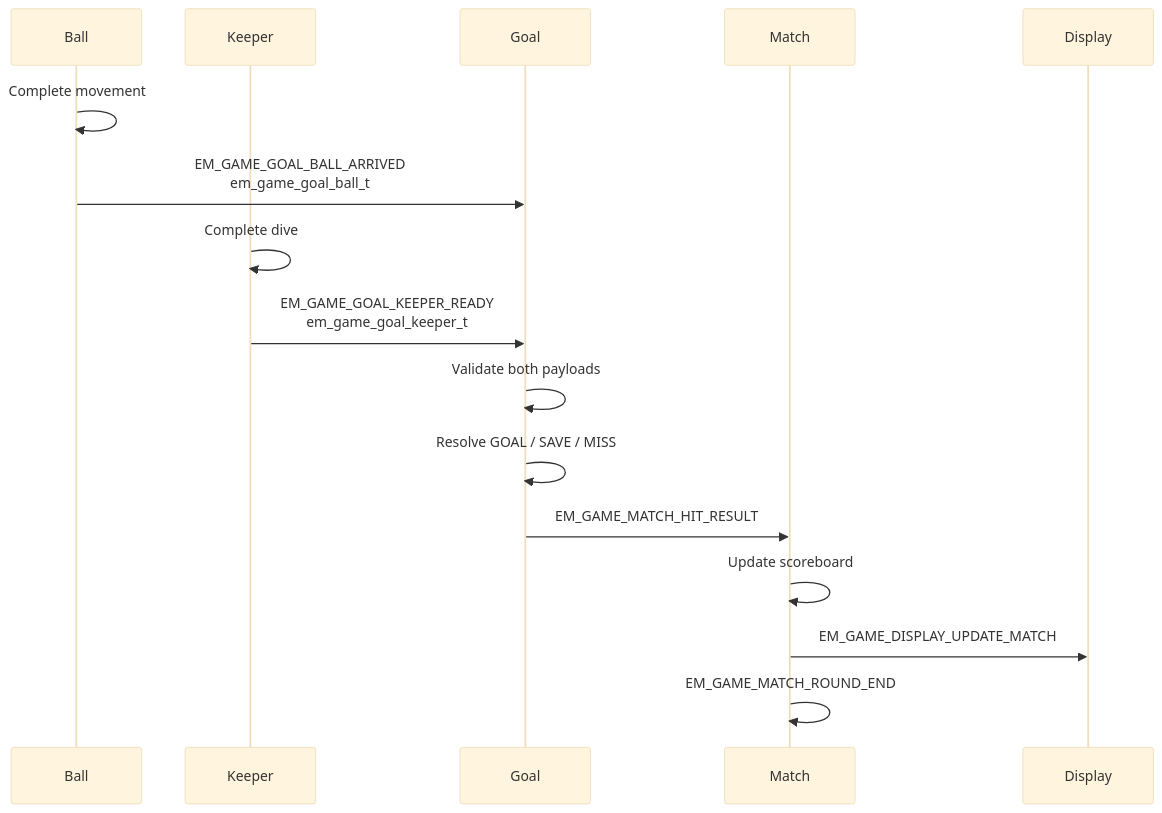
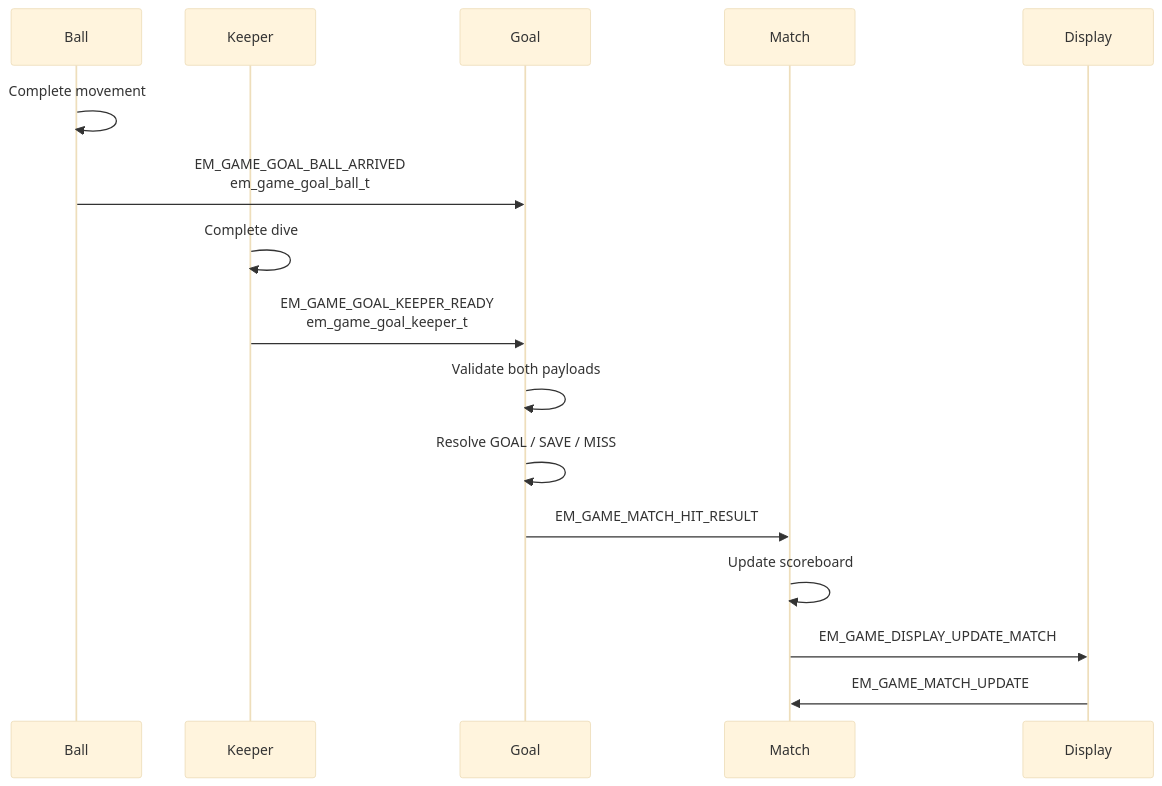
The third of 3 diagrams in docs/00-design-sequence-object.md (caotrongphuoc/11m-game), drawn with Mermaid (base theme) before and after one commit. The commit also changed other lines of this file and 3 other files, not shown here.

````diff
--- a/docs/00-design-sequence-object.md
+++ b/docs/00-design-sequence-object.md
@@ -80,20 +80,20 @@
 ```mermaid
 sequenceDiagram
     participant Ball
     participant Keeper
     participant Goal
     participant Match
     participant Display
 
     Ball->>Ball: Complete movement
     Ball->>Goal: EM_GAME_GOAL_BALL_ARRIVED<br/>em_game_goal_ball_t
     Keeper->>Keeper: Complete dive
     Keeper->>Goal: EM_GAME_GOAL_KEEPER_READY<br/>em_game_goal_keeper_t
 
     Goal->>Goal: Validate both payloads
     Goal->>Goal: Resolve GOAL / SAVE / MISS
     Goal->>Match: EM_GAME_MATCH_HIT_RESULT
     Match->>Match: Update scoreboard
     Match->>Display: EM_GAME_DISPLAY_UPDATE_MATCH
-    Match->>Match: EM_GAME_MATCH_ROUND_END
+    Display->>Match: EM_GAME_MATCH_UPDATE
 ```
````
